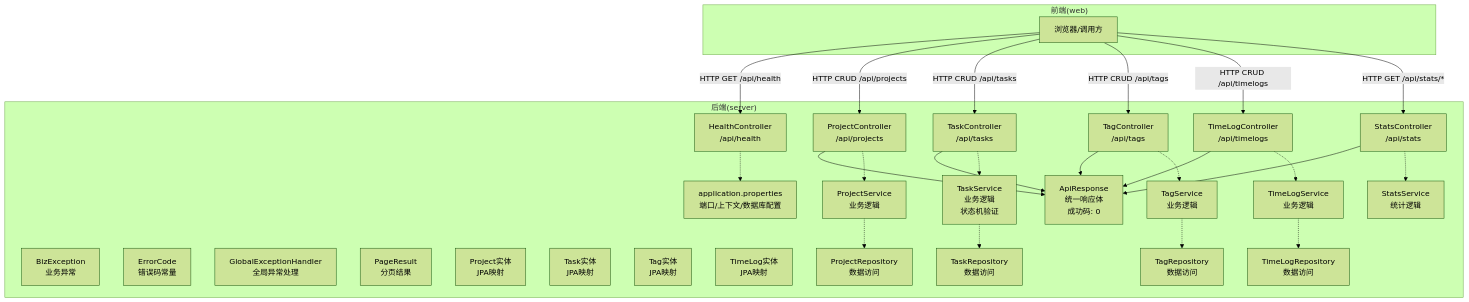
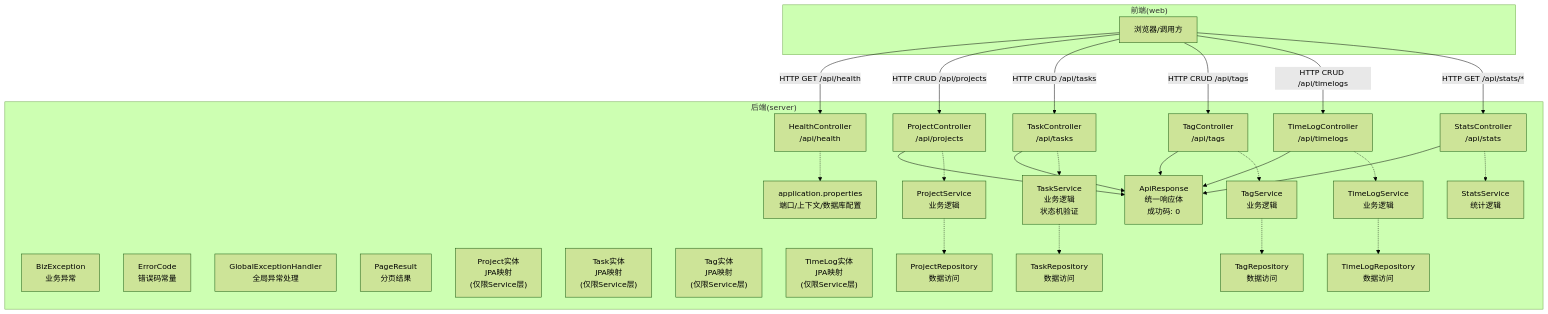
One commit to zhou9832/test1-qoder changed the first of 3 diagrams in .qoder/repowiki/zh/content/后端架构/API控制器层.md. Above: the diagram before and after it, drawn with Mermaid (forest theme). The commit also changed other lines of this file and 59 other files, not shown here.

````diff
--- a/.qoder/repowiki/zh/content/后端架构/API控制器层.md
+++ b/.qoder/repowiki/zh/content/后端架构/API控制器层.md
@@ -79,54 +87,54 @@
 ```mermaid
 graph TB
 subgraph "后端(server)"
 A["HealthController<br/>/api/health"]
 B["ProjectController<br/>/api/projects"]
 C["TaskController<br/>/api/tasks"]
 D["TagController<br/>/api/tags"]
 E["TimeLogController<br/>/api/timelogs"]
 F["StatsController<br/>/api/stats"]
 G["BizException<br/>业务异常"]
 H["ErrorCode<br/>错误码常量"]
 I["GlobalExceptionHandler<br/>全局异常处理"]
 J["ApiResponse<T><br/>统一响应体<br/>成功码: 0"]
 K["PageResult<T><br/>分页结果"]
-L["Project实体<br/>JPA映射"]
-M["Task实体<br/>JPA映射"]
-N["Tag实体<br/>JPA映射"]
-O["TimeLog实体<br/>JPA映射"]
+L["Project实体<br/>JPA映射<br/>(仅限Service层)"]
+M["Task实体<br/>JPA映射<br/>(仅限Service层)"]
+N["Tag实体<br/>JPA映射<br/>(仅限Service层)"]
+O["TimeLog实体<br/>JPA映射<br/>(仅限Service层)"]
 P["ProjectService<br/>业务逻辑"]
 Q["TaskService<br/>业务逻辑<br/>状态机验证"]
 R["TagService<br/>业务逻辑"]
 S["TimeLogService<br/>业务逻辑"]
 T["StatsService<br/>统计逻辑"]
 U["ProjectRepository<br/>数据访问"]
 V["TaskRepository<br/>数据访问"]
 W["TagRepository<br/>数据访问"]
 X["TimeLogRepository<br/>数据访问"]
 Y["application.properties<br/>端口/上下文/数据库配置"]
 end
 subgraph "前端(web)"
 Z["浏览器/调用方"]
 end
 Z --> |HTTP GET /api/health| A
 Z --> |HTTP CRUD /api/projects| B
 Z --> |HTTP CRUD /api/tasks| C
 Z --> |HTTP CRUD /api/tags| D
 Z --> |HTTP CRUD /api/timelogs| E
 Z --> |HTTP GET /api/stats/*| F
 B --> J
 C --> J
 D --> J
 E --> J
 F --> J
 B -.-> P
 C -.-> Q
 D -.-> R
 E -.-> S
 F -.-> T
 P -.-> U
 Q -.-> V
 R -.-> W
 S -.-> X
 A -.-> Y
 ```
````
